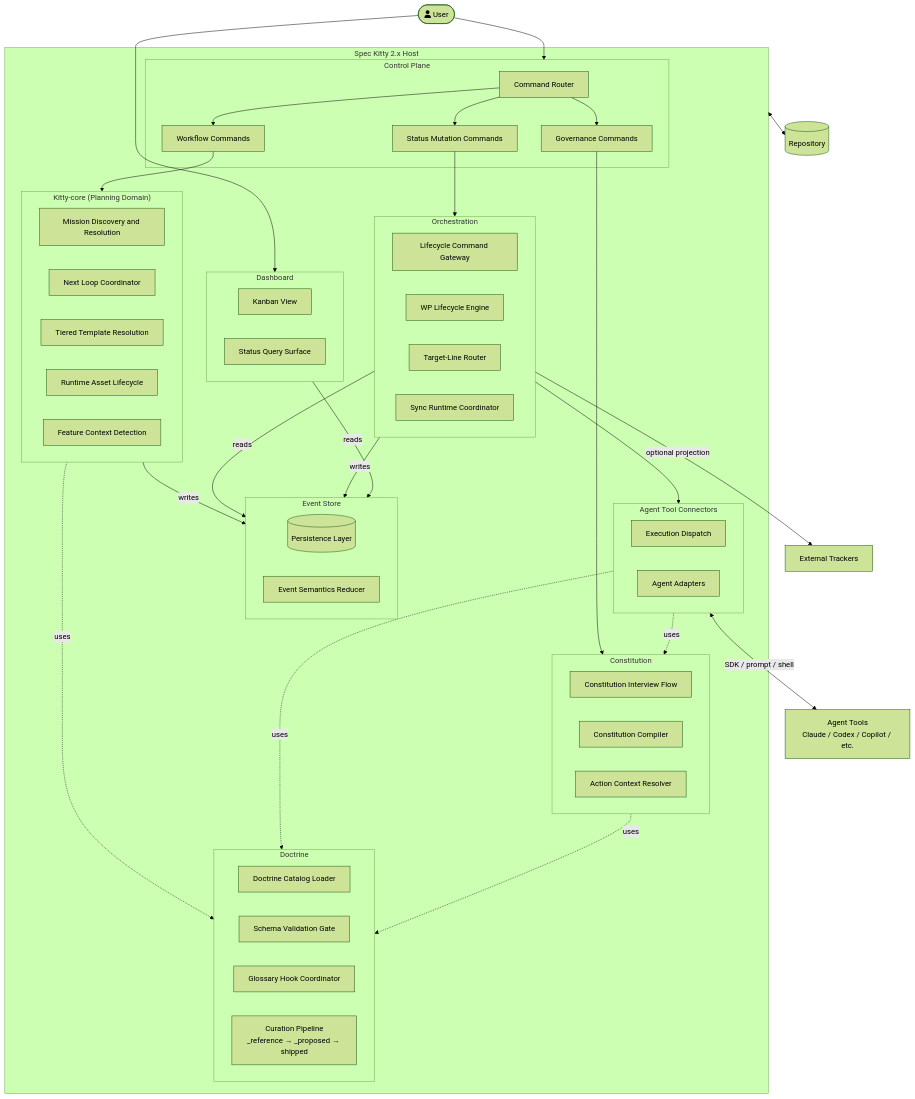
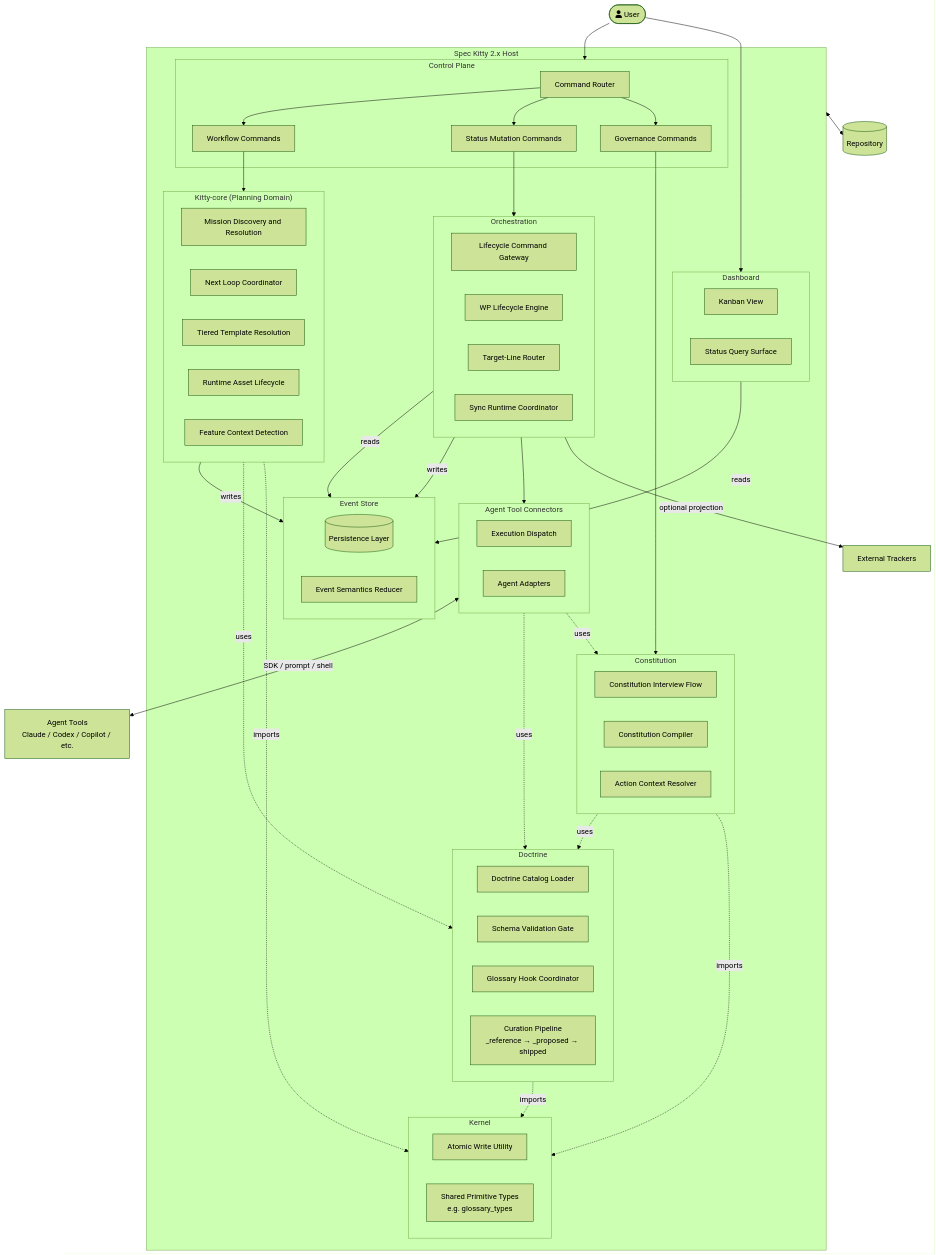
One commit to Priivacy-ai/spec-kitty changed the diagram in architecture/2.x/02_containers/README.md. Above: the diagram before and after it, drawn with Mermaid (forest theme). The commit also changed other lines of this file and 13 other files, not shown here.

Commit message:
refactor(kernel): move glossary types to kernel; fix doctrine/specify_cli boundary

```diff
--- a/architecture/2.x/02_containers/README.md
+++ b/architecture/2.x/02_containers/README.md
@@ -83,6 +84,11 @@
             const_compile[Constitution Compiler]
             const_ctx[Action Context Resolver]
         end
+
+        subgraph Kernel["Kernel"]
+            ker_atomic[Atomic Write Utility]
+            ker_types[Shared Primitive Types\ne.g. glossary_types]
+        end
     end
 
     agents[Agent Tools\nClaude / Codex / Copilot / etc.]
@@ -125,6 +131,11 @@
     %% Constitution uses Doctrine
     Constitution -. "uses" .-> Doctrine
 
+    %% All containers consume Kernel (zero-dependency layer)
+    Doctrine -. "imports" .-> Kernel
+    Constitution -. "imports" .-> Kernel
+    KittyCore -. "imports" .-> Kernel
+
     %% External persistence
     Host <--> repo
     Orchestration -->|optional projection| tracker
```
